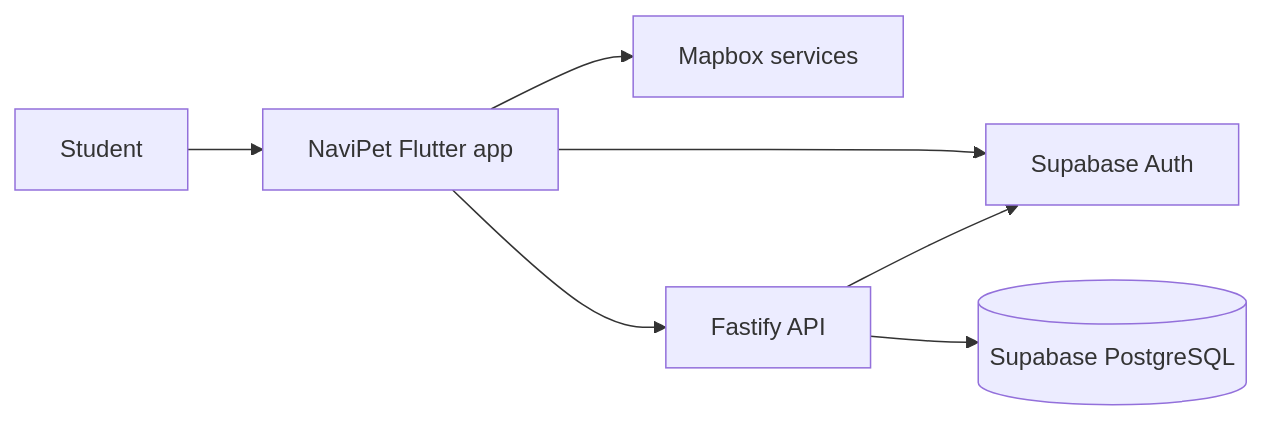
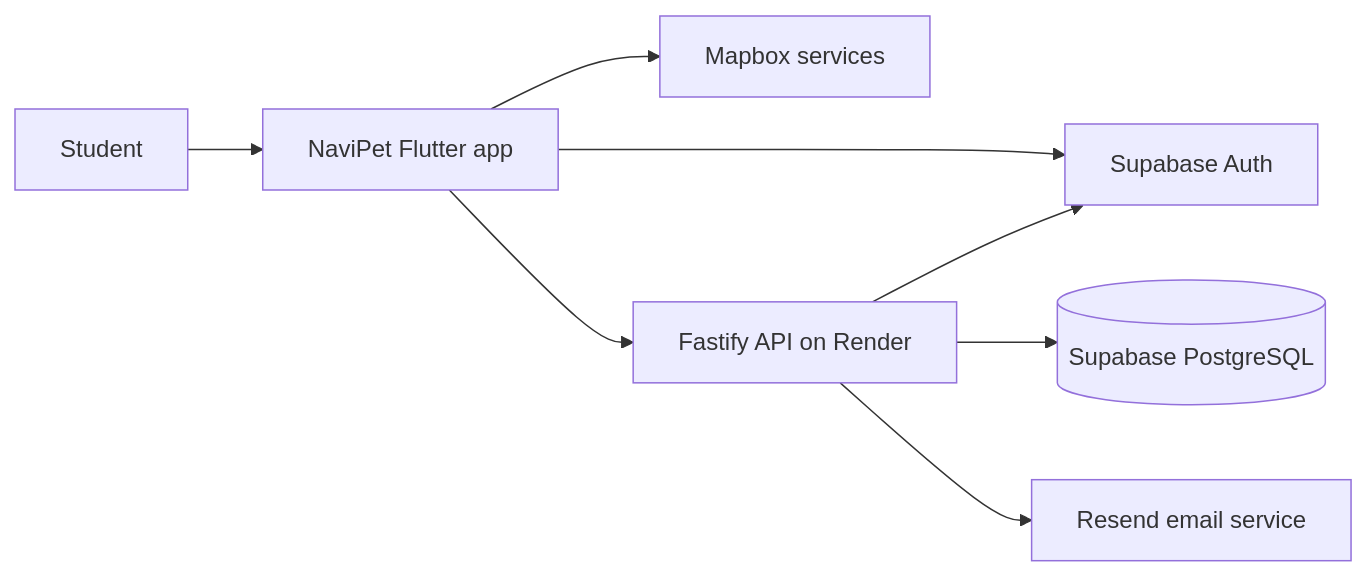
Before and after one commit to navipet-senior-project/.github: the diagram in profile/README.md, drawn with Mermaid. The commit also changed other lines of this file, not shown here.

````diff
--- a/profile/README.md
+++ b/profile/README.md
@@ -36,9 +36,10 @@
 ```mermaid
 flowchart LR
     User[Student] --> Mobile[NaviPet Flutter app]
     Mobile --> Mapbox[Mapbox services]
     Mobile --> Auth[Supabase Auth]
-    Mobile --> API[Fastify API]
+    Mobile --> API[Fastify API on Render]
     API --> Auth
     API --> Data[(Supabase PostgreSQL)]
+    API --> Email[Resend email service]
 ```
````
